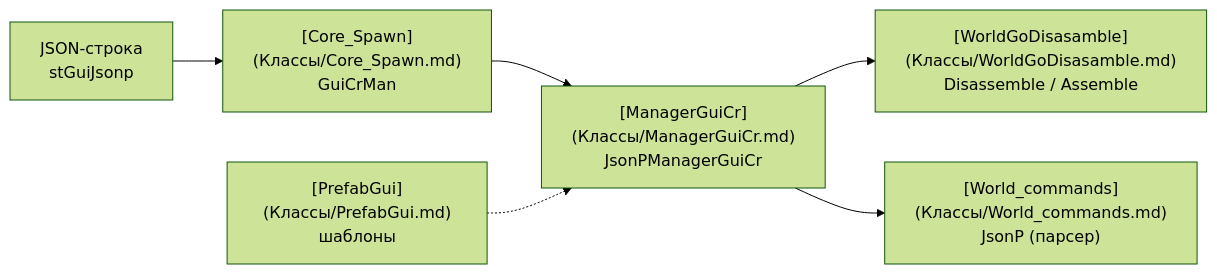
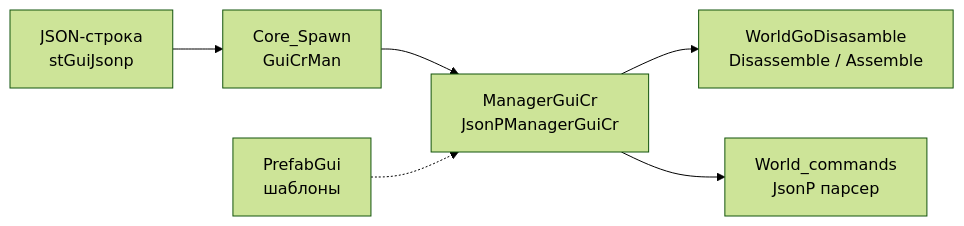
The fourth of 4 diagrams in README.md (Test-Gast-Misha2101/MyPlay), drawn with Mermaid (forest theme) before and after one commit. The commit also changed other lines of this file, not shown here.

````diff
--- a/README.md
+++ b/README.md
@@ -69,8 +69,8 @@
 ```mermaid
 flowchart LR
-    JSON[JSON-строка<br>stGuiJsonp] --> CGM["[Core_Spawn](Классы/Core_Spawn.md)<br>GuiCrMan"]
-    CGM --> MGC["[ManagerGuiCr](Классы/ManagerGuiCr.md)<br>JsonPManagerGuiCr"]
-    MGC --> WD["[WorldGoDisasamble](Классы/WorldGoDisasamble.md)<br>Disassemble / Assemble"]
-    MGC --> JP["[World_commands](Классы/World_commands.md)<br>JsonP (парсер)"]
-    PG["[PrefabGui](Классы/PrefabGui.md)<br>шаблоны"] -.-> MGC
+    JSON[JSON-строка<br>stGuiJsonp] --> CGM[Core_Spawn<br>GuiCrMan]
+    CGM --> MGC[ManagerGuiCr<br>JsonPManagerGuiCr]
+    MGC --> WD[WorldGoDisasamble<br>Disassemble / Assemble]
+    MGC --> JP[World_commands<br>JsonP парсер]
+    PG[PrefabGui<br>шаблоны] -.-> MGC
 ```
````
